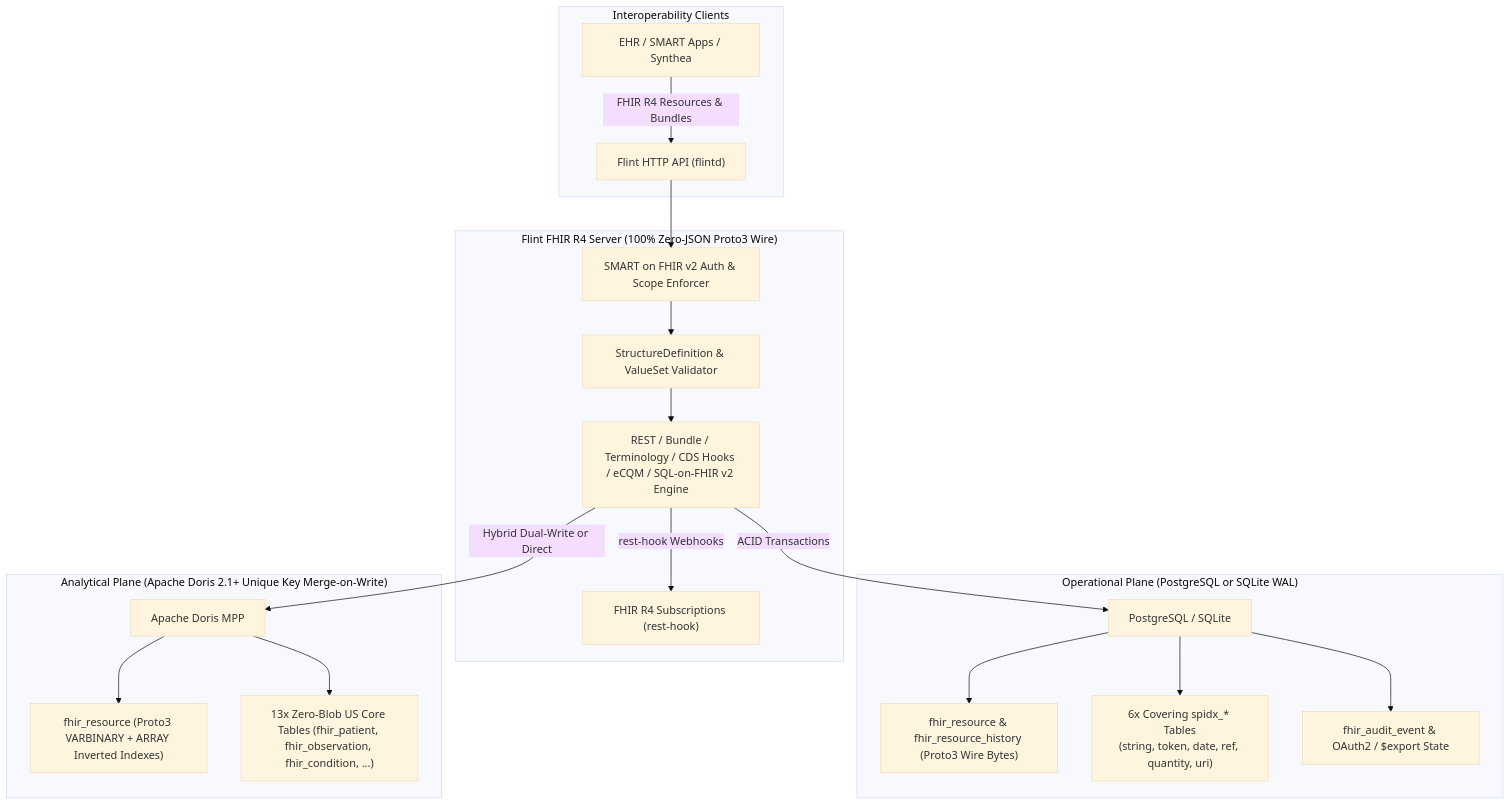
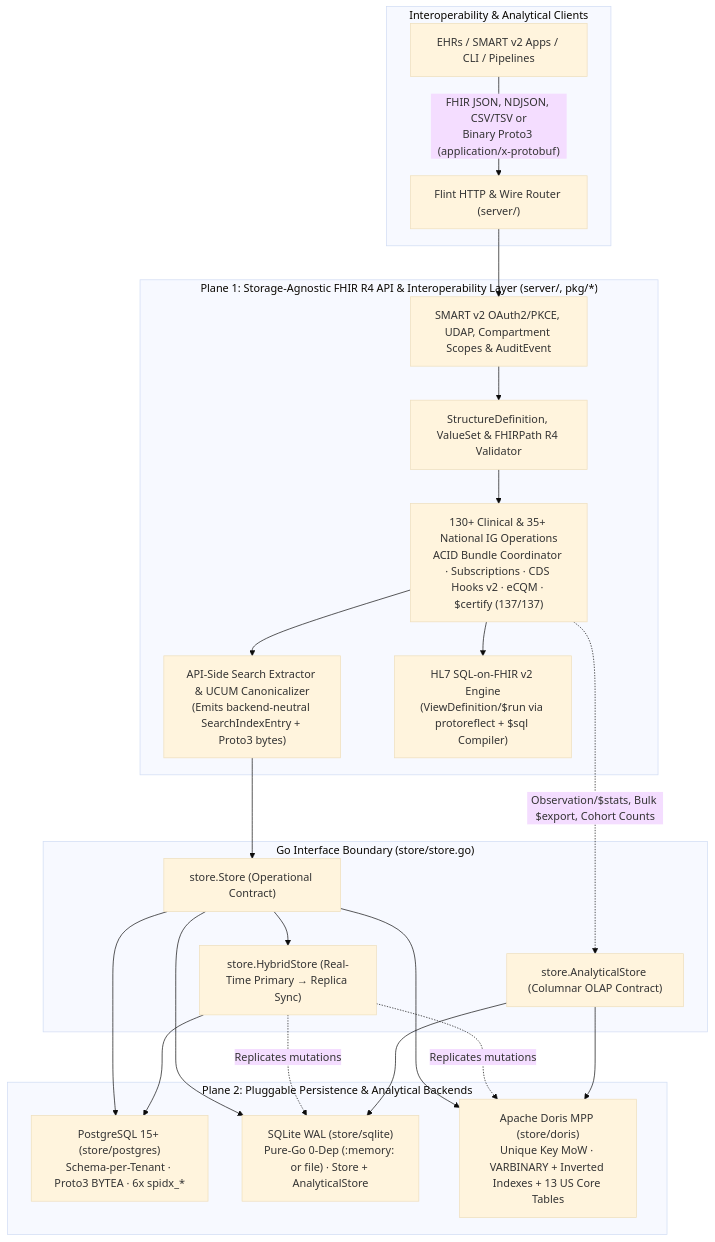
Before and after one commit to flint-fhir/flint: the first of 2 diagrams in README.md, drawn with Mermaid (base theme). The commit also changed other lines of this file and 16 other files, not shown here.

Commit message:
chore(release): bump v0.3.0 and document decoupled API & pluggable storage architecture

````diff
--- a/README.md
+++ b/README.md
@@ -34,26 +44,38 @@
 ```mermaid
 flowchart TD
-    subgraph Clients ["Interoperability Clients"]
-        EHR["EHR / SMART Apps / Synthea"] -->|FHIR R4 Resources & Bundles| API["Flint HTTP API (flintd)"]
+    subgraph Clients ["Interoperability & Analytical Clients"]
+        EHR["EHRs / SMART v2 Apps / CLI / Pipelines"] -->|"FHIR JSON, NDJSON, CSV/TSV or\nBinary Proto3 (application/x-protobuf)"| API["Flint HTTP & Wire Router (server/)"]
     end
 
-    subgraph Server ["Flint FHIR R4 Server (100% Zero-JSON Proto3 Wire)"]
-        API --> Auth["SMART on FHIR v2 Auth & Scope Enforcer"]
-        Auth --> Val["StructureDefinition & ValueSet Validator"]
-        Val --> Engine["REST / Bundle / Terminology / CDS Hooks / eCQM / SQL-on-FHIR v2 Engine"]
-        Engine -->|rest-hook Webhooks| Sub["FHIR R4 Subscriptions (rest-hook)"]
+    subgraph APILayer ["Plane 1: Storage-Agnostic FHIR R4 API & Interoperability Layer (server/, pkg/*)"]
+        API --> Auth["SMART v2 OAuth2/PKCE, UDAP, Compartment Scopes & AuditEvent"]
+        Auth --> Val["StructureDefinition, ValueSet & FHIRPath R4 Validator"]
+        Val --> Engine["130+ Clinical & 35+ National IG Operations\nACID Bundle Coordinator · Subscriptions · CDS Hooks v2 · eCQM · $certify (137/137)"]
+        Engine --> Extract["API-Side Search Extractor & UCUM Canonicalizer\n(Emits backend-neutral SearchIndexEntry + Proto3 bytes)"]
+        Engine --> SOF["HL7 SQL-on-FHIR v2 Engine\n(ViewDefinition/$run via protoreflect + $sql Compiler)"]
     end
 
-    subgraph OLTP ["Operational Plane (PostgreSQL or SQLite WAL)"]
-        Engine -->|ACID Transactions| PG["PostgreSQL / SQLite"]
-        PG --> RProto["fhir_resource & fhir_resource_history (Proto3 Wire Bytes)"]
-        PG --> Spidx["6x Covering spidx_* Tables\n(string, token, date, ref, quantity, uri)"]
-        PG --> Audit["fhir_audit_event & OAuth2 / $export State"]
+    subgraph Boundary ["Go Interface Boundary (store/store.go)"]
+        StoreIF["store.Store (Operational Contract)"]
+        AnalyticsIF["store.AnalyticalStore (Columnar OLAP Contract)"]
+        Hybrid["store.HybridStore (Real-Time Primary → Replica Sync)"]
     end
 
-    subgraph OLAP ["Analytical Plane (Apache Doris 2.1+ Unique Key Merge-on-Write)"]
-        Engine -->|Hybrid Dual-Write or Direct| Doris["Apache Doris MPP"]
-        Doris --> DRes["fhir_resource (Proto3 VARBINARY + ARRAY<VARCHAR> Inverted Indexes)"]
-        Doris --> DCore["13x Zero-Blob US Core Tables (fhir_patient, fhir_observation, fhir_condition, ...)"]
+    subgraph Backends ["Plane 2: Pluggable Persistence & Analytical Backends"]
+        PG["PostgreSQL 15+ (store/postgres)\nSchema-per-Tenant · Proto3 BYTEA · 6x spidx_*"]
+        SQLite["SQLite WAL (store/sqlite)\nPure-Go 0-Dep (:memory: or file) · Store + AnalyticalStore"]
+        Doris["Apache Doris MPP (store/doris)\nUnique Key MoW · VARBINARY + Inverted Indexes + 13 US Core Tables"]
     end
+
+    Extract --> StoreIF
+    Engine -. "Observation/$stats, Bulk $export, Cohort Counts" .-> AnalyticsIF
+    StoreIF --> PG
+    StoreIF --> SQLite
+    StoreIF --> Doris
+    StoreIF --> Hybrid
+    Hybrid --> PG
+    Hybrid -. "Replicates mutations" .-> Doris
+    Hybrid -. "Replicates mutations" .-> SQLite
+    AnalyticsIF --> Doris
+    AnalyticsIF --> SQLite
 ```
````
